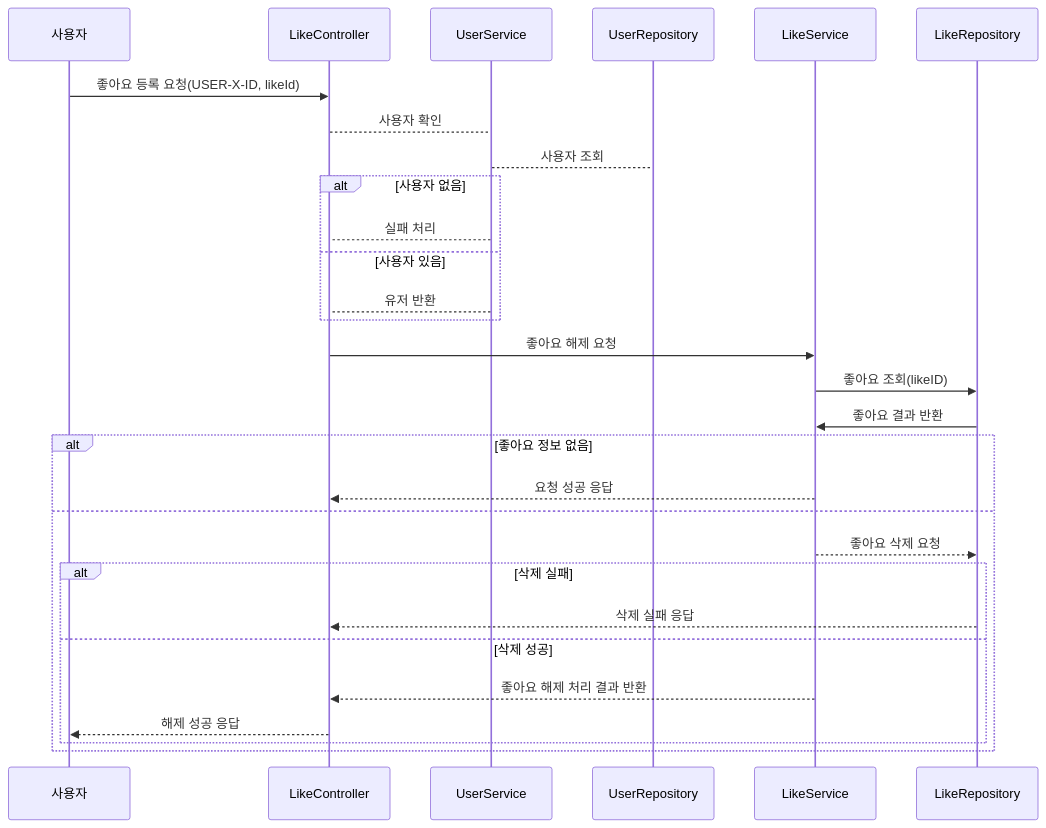
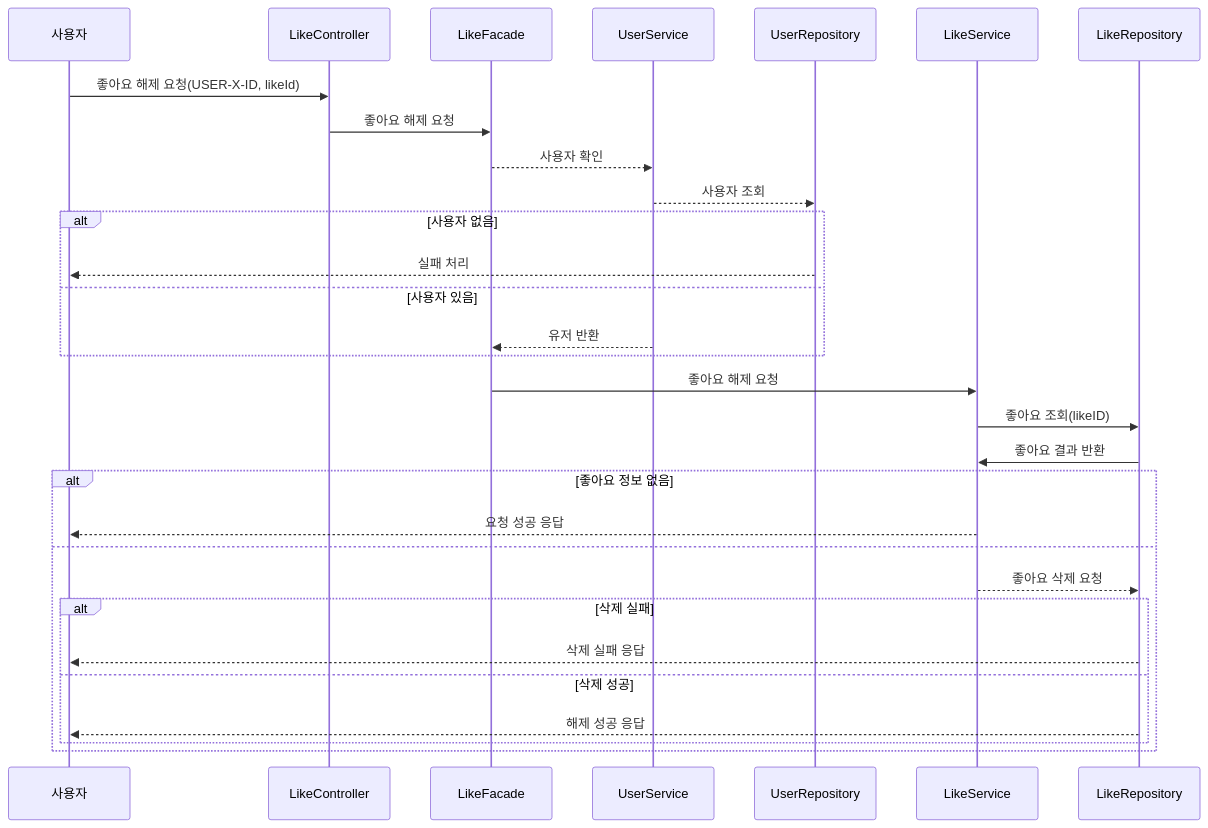
Before and after one commit to donghyeon3813/vibe-commerce: the fifth of 7 diagrams in .docs/02-sequence-diagrams.md, drawn with Mermaid. The commit also changed other lines of this file, not shown here.

Commit message:
fix : sequence-diagrams 수정

````diff
--- a/.docs/02-sequence-diagrams.md
+++ b/.docs/02-sequence-diagrams.md
@@ -137,35 +132,36 @@
 ```mermaid
 sequenceDiagram
     participant 사용자
     participant LC as LikeController
+    participant LF as LikeFacade
     participant US as UserService
     participant UR as UserRepository
     participant LS as LikeService
     participant LR as LikeRepository
     
 
-    사용자 ->> LC: 좋아요 등록 요청(USER-X-ID, likeId)
-    LC --> US: 사용자 확인
-    US --> UR: 사용자 조회
+    사용자 ->> LC: 좋아요 해제 요청(USER-X-ID, likeId)
+    LC ->> LF: 좋아요 해제 요청
+    LF -->> US: 사용자 확인
+    US -->> UR: 사용자 조회
     alt 사용자 없음
-        US --> LC: 실패 처리
+        UR -->> 사용자: 실패 처리
     else 사용자 있음
-        US --> LC: 유저 반환
+        US -->> LF: 유저 반환
     end
-    LC ->> LS: 좋아요 해제 요청
+    LF ->> LS: 좋아요 해제 요청
     LS ->> LR: 좋아요 조회(likeID)
     LR ->> LS: 좋아요 결과 반환
     alt 좋아요 정보 없음
-        LS -->> LC: 요청 성공 응답
+        LS -->> 사용자: 요청 성공 응답
     else
         LS -->> LR: 좋아요 삭제 요청
         alt 삭제 실패
-            LR -->> LC: 삭제 실패 응답
+            LR -->> 사용자: 삭제 실패 응답
         else 삭제 성공
-            LS -->> LC: 좋아요 해제 처리 결과 반환
-            LC -->> 사용자: 해제 성공 응답
+            LR -->> 사용자: 해제 성공 응답
         end
     end
     
 
 ```
````
